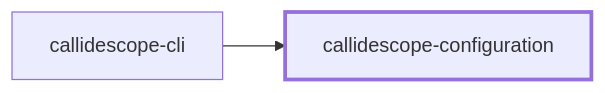
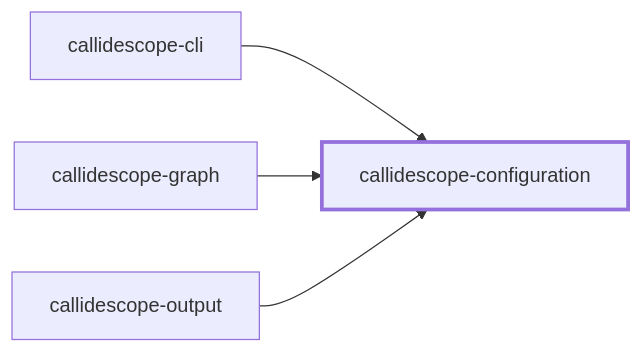
One commit to JimmyPaolini/codebase changed the first of 2 diagrams in packages/callidescope-configuration/README.md. Above: the diagram before and after it, drawn with Mermaid. The commit also changed 143 other files, not shown here.

Commit message:
refactor(callidescope): ♻️ split callidescope-cli into graph and output packages

````diff
--- a/packages/callidescope-configuration/README.md
+++ b/packages/callidescope-configuration/README.md
@@ -135,8 +135,12 @@
 ```mermaid
 flowchart LR
   callidescope_cli["callidescope-cli"]
   callidescope_configuration["callidescope-configuration"]
+  callidescope_graph["callidescope-graph"]
+  callidescope_output["callidescope-output"]
   callidescope_cli --> callidescope_configuration
+  callidescope_graph --> callidescope_configuration
+  callidescope_output --> callidescope_configuration
   classDef subject stroke-width:3px
   class callidescope_configuration subject
 ```
````
